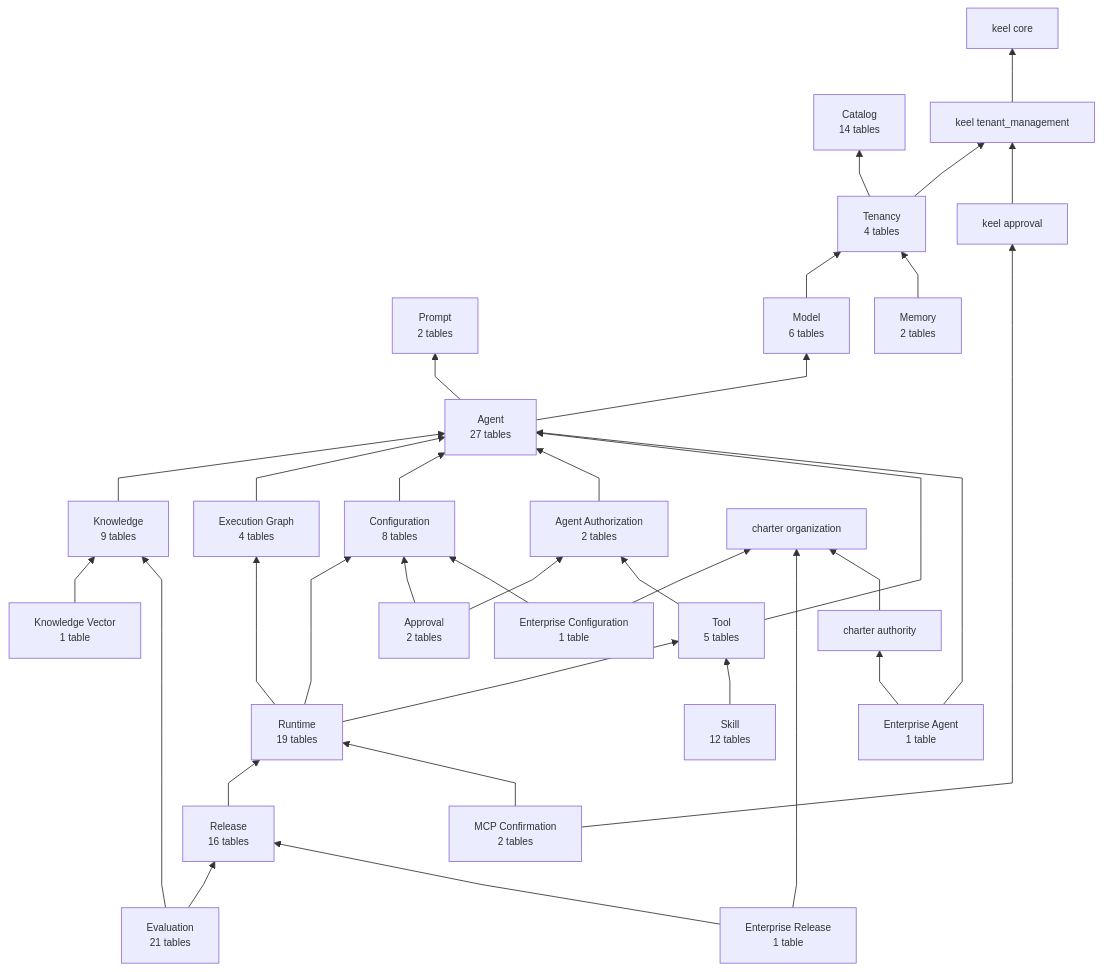
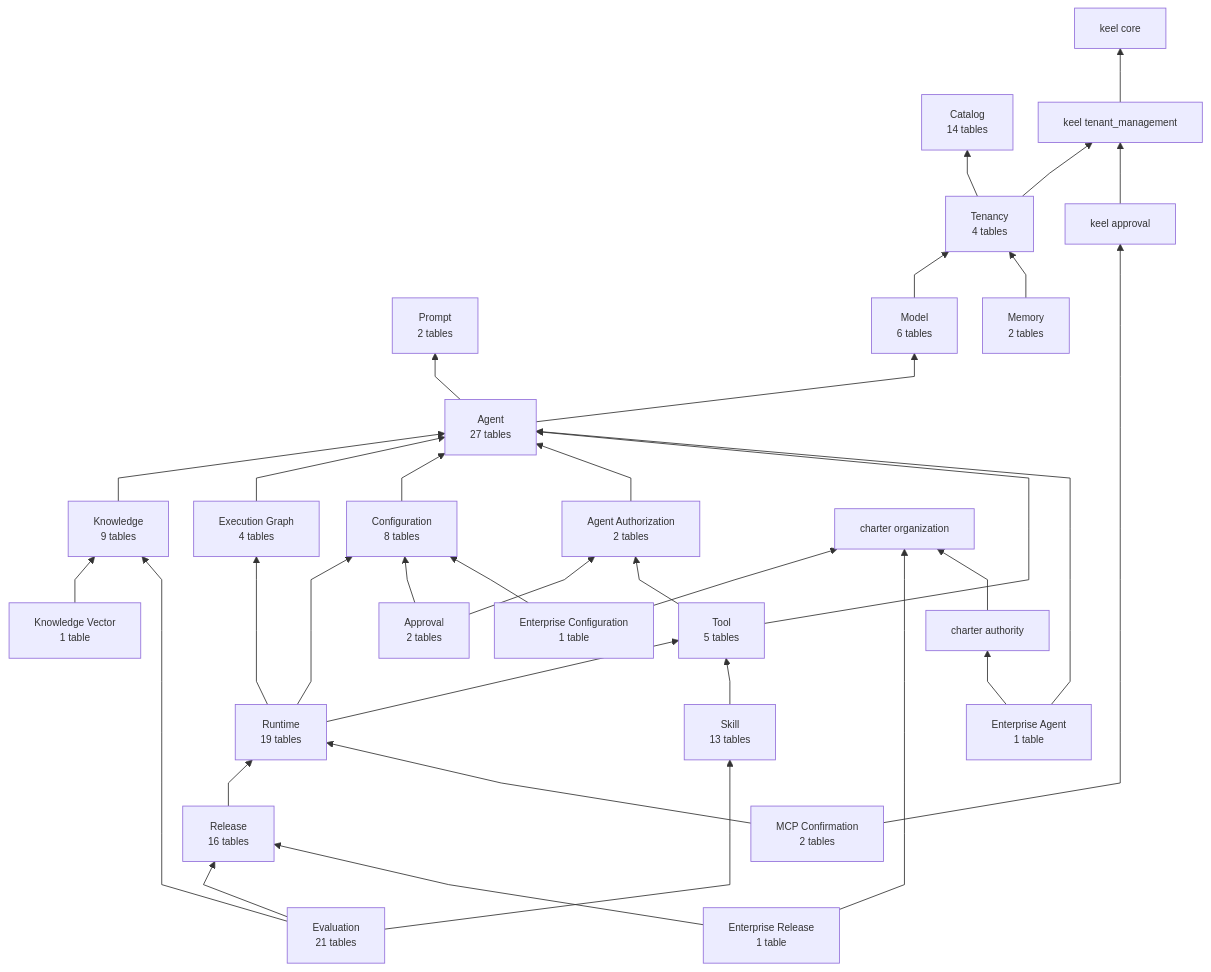
One commit to nauticana/scout changed the first of 24 diagrams in doc/database.md. Above: the diagram before and after it, drawn with Mermaid. The commit also changed other lines of this file and 45 other files, not shown here.

````diff
--- a/doc/database.md
+++ b/doc/database.md
@@ -21,69 +21,70 @@
 ```mermaid
 %%{init: {"flowchart": {"curve": "linear", "nodeSpacing": 30, "rankSpacing": 55, "diagramPadding": 12}, "themeVariables": {"fontSize": "12px"}}}%%
 flowchart BT
 
     agent --> prompt
     tenancy --> catalog
     tenant_management --> core
 
     tenancy --> tenant_management
     keel_approval --> tenant_management
 
     model --> tenancy
     memory --> tenancy
 
     agent --> model
     knowledge --> agent
     execution_graph_module --> agent
     configuration_module --> agent
     agent_authorization_module --> agent
     approval --> agent_authorization_module
     tool --> agent_authorization_module
     tool --> agent
 
     runtime --> tool
     runtime --> configuration_module
     runtime --> execution_graph_module
     knowledge_vector --> knowledge
     approval --> configuration_module
     skill --> tool
     release --> runtime
     mcp_confirmation --> runtime
     mcp_confirmation --> keel_approval
     evaluation --> knowledge
     evaluation --> release
+    evaluation --> skill
     enterprise_configuration --> configuration_module
     enterprise_configuration --> charter_organization
     enterprise_agent --> agent
     enterprise_agent --> charter_authority
     enterprise_release --> release
     enterprise_release --> charter_organization
     charter_authority --> charter_organization
 
     core["keel core"]
     tenant_management["keel tenant_management"]
     keel_approval["keel approval"]
     charter_organization["charter organization"]
     charter_authority["charter authority"]
     catalog["Catalog<br/>14 tables"]
     tenancy["Tenancy<br/>4 tables"]
     prompt["Prompt<br/>2 tables"]
     model["Model<br/>6 tables"]
     agent["Agent<br/>27 tables"]
     tool["Tool<br/>5 tables"]
     execution_graph_module["Execution Graph<br/>4 tables"]
     knowledge["Knowledge<br/>9 tables"]
     knowledge_vector["Knowledge Vector<br/>1 table"]
     runtime["Runtime<br/>19 tables"]
     release["Release<br/>16 tables"]
     evaluation["Evaluation<br/>21 tables"]
     agent_authorization_module["Agent Authorization<br/>2 tables"]
     configuration_module["Configuration<br/>8 tables"]
     approval["Approval<br/>2 tables"]
-    skill["Skill<br/>12 tables"]
+    skill["Skill<br/>13 tables"]
     memory["Memory<br/>2 tables"]
     mcp_confirmation["MCP Confirmation<br/>2 tables"]
     enterprise_configuration["Enterprise Configuration<br/>1 table"]
     enterprise_agent["Enterprise Agent<br/>1 table"]
     enterprise_release["Enterprise Release<br/>1 table"]
 ```
````
